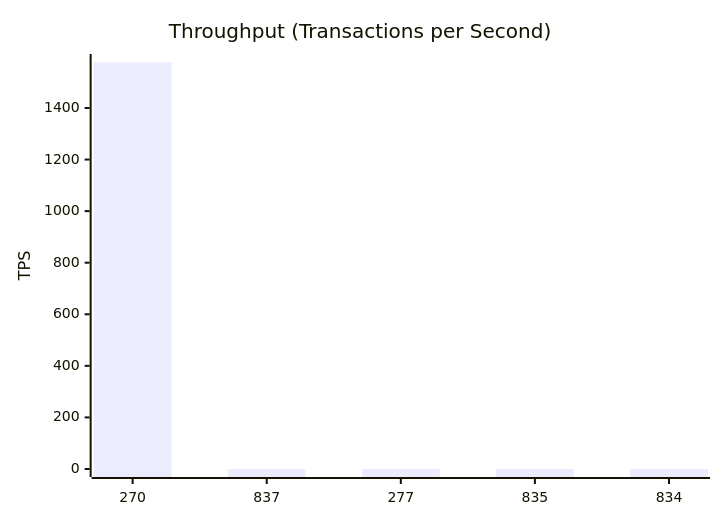
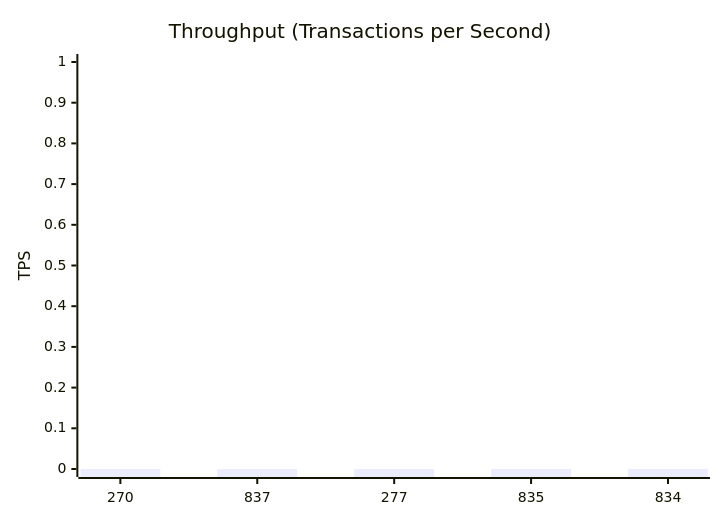
One commit to dhagan-va/intern-2025 changed the third of 11 diagrams in test-tools/DataGen/src/Statistics_Visualizer.md. Above: the diagram before and after it, drawn with Mermaid. The commit also changed other lines of this file and 7 other files, not shown here.

````diff
--- a/test-tools/DataGen/src/Statistics_Visualizer.md
+++ b/test-tools/DataGen/src/Statistics_Visualizer.md
@@ -40,7 +40,7 @@
 ```mermaid
 xychart-beta
     title "Throughput (Transactions per Second)"
     x-axis ["270", "837", "277", "835", "834"]
-    y-axis "TPS" 0 --> 1578.2870662460568
-    bar [1577.2870662460568, 0.0, 0.0, 0.0, 0.0]
+    y-axis "TPS" 0 --> 1.0
+    bar [0.0, 0.0, 0.0, 0.0, 0.0]
 ```
````
